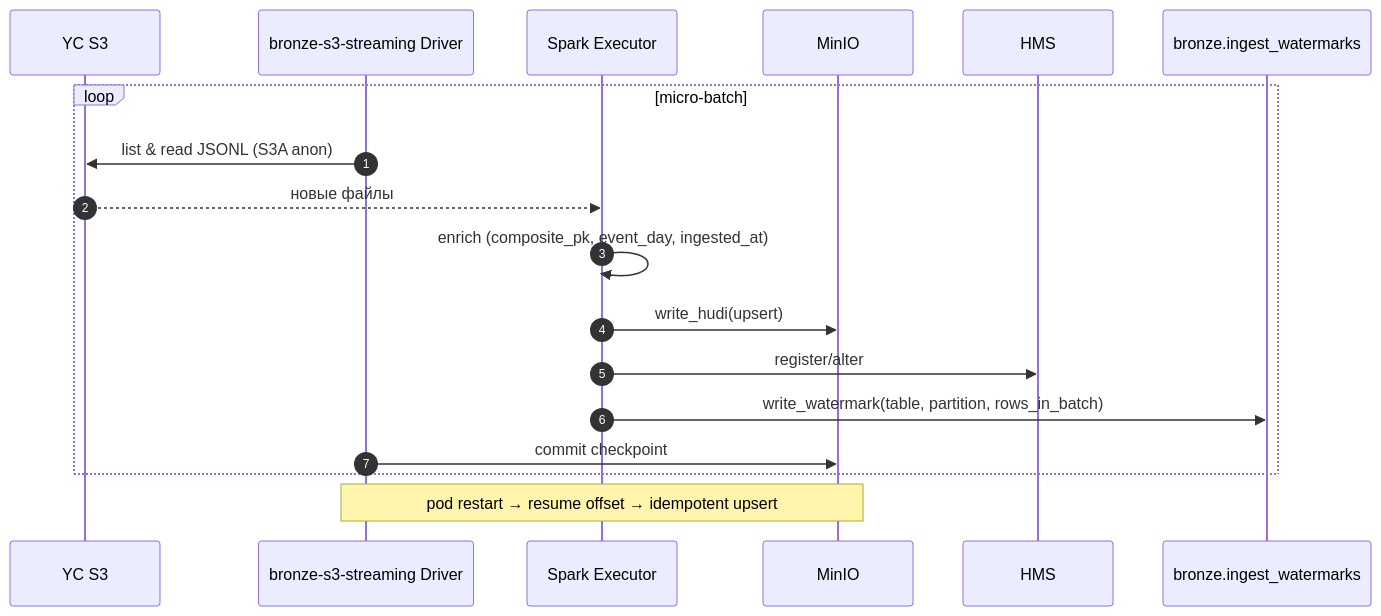
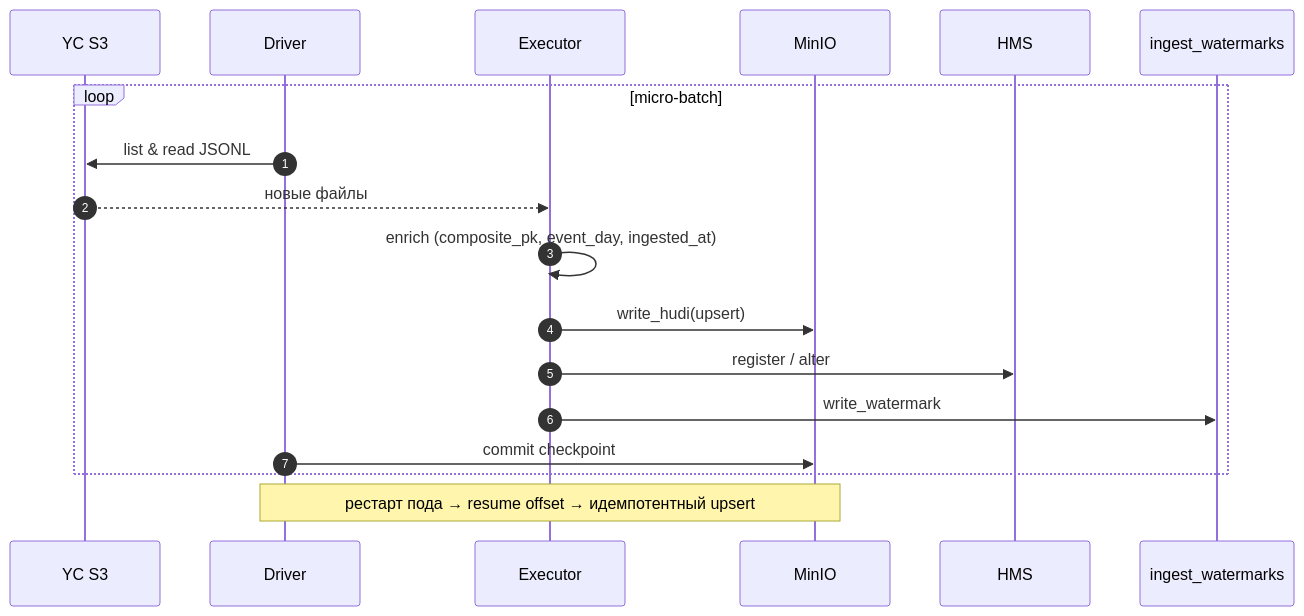
One commit to Alexey-Samodurov/newprolab-de-lab08 changed the sixth of 8 diagrams in docs/01-detailed-architecture.md. Above: the diagram before and after it, drawn with Mermaid. The commit also changed other lines of this file and 2 other files, not shown here.

````diff
--- a/docs/01-detailed-architecture.md
+++ b/docs/01-detailed-architecture.md
@@ -266,21 +228,21 @@
 ```mermaid
 sequenceDiagram
     autonumber
     participant YC as YC S3
-    participant Drv as bronze-s3-streaming Driver
-    participant Exec as Spark Executor
-    participant MinIO as MinIO
+    participant Drv as Driver
+    participant Exec as Executor
+    participant MinIO
     participant HMS
-    participant W as bronze.ingest_watermarks
+    participant W as ingest_watermarks
 
     loop micro-batch
-        Drv->>YC: list & read JSONL (S3A anon)
+        Drv->>YC: list & read JSONL
         YC-->>Exec: новые файлы
         Exec->>Exec: enrich (composite_pk, event_day, ingested_at)
         Exec->>MinIO: write_hudi(upsert)
-        Exec->>HMS: register/alter
-        Exec->>W: write_watermark(table, partition, rows_in_batch)
+        Exec->>HMS: register / alter
+        Exec->>W: write_watermark
         Drv->>MinIO: commit checkpoint
     end
-    Note over Drv,MinIO: pod restart → resume offset → idempotent upsert
+    Note over Drv,MinIO: рестарт пода → resume offset → идемпотентный upsert
 ```
````
